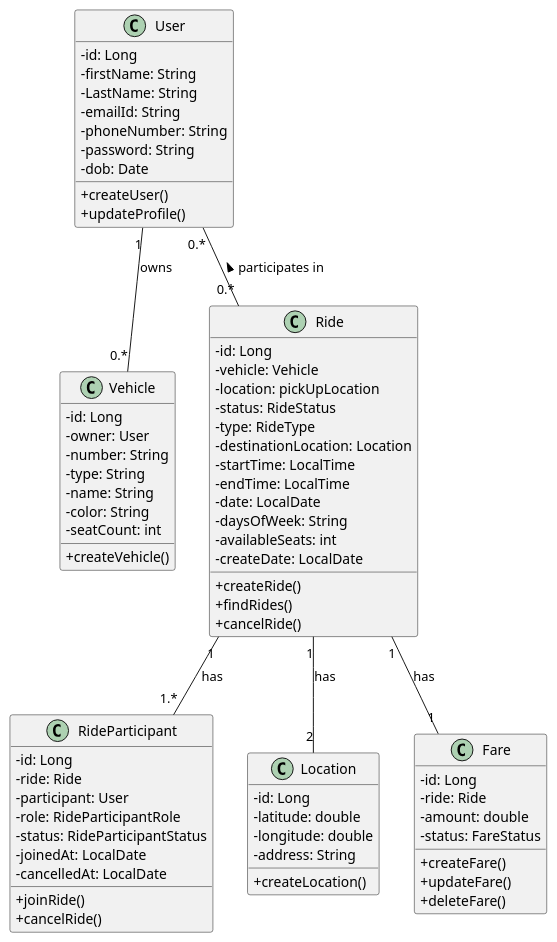
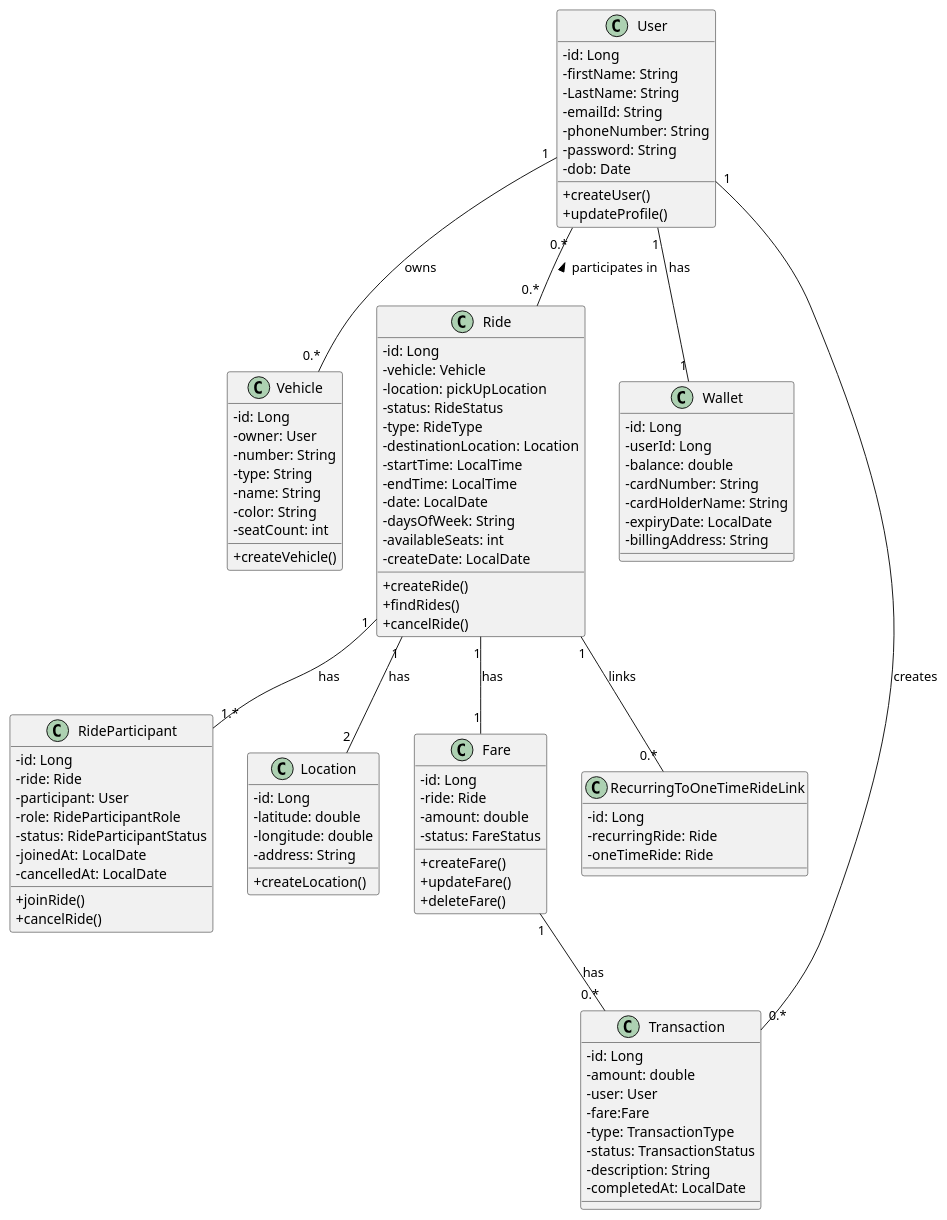
One commit to Sowmya9826/CarpoolingRideSharingApp changed the diagram in ClassDiagram.puml. Above: the diagram before and after it, drawn with PlantUML. The commit also changed 5 other files, not shown here.

Commit message:
Updated UML and class diagrams

```diff
--- a/ClassDiagram.puml
+++ b/ClassDiagram.puml
@@ -1,83 +1,110 @@
 @startuml Carpool System
 
 skinparam classAttributeIconSize 0
 
 class User {
   -id: Long
   -firstName: String
   -LastName: String
   -emailId: String
   -phoneNumber: String
   -password: String
   -dob: Date
   +createUser()
   +updateProfile()
 }
 
 class Vehicle {
   -id: Long
   -owner: User
   -number: String
   -type: String
   -name: String
   -color: String
   -seatCount: int
   +createVehicle()
 }
 
 class Ride {
   -id: Long
   -vehicle: Vehicle
   -location: pickUpLocation
   -status: RideStatus
   -type: RideType
   -destinationLocation: Location
   -startTime: LocalTime
   -endTime: LocalTime
   -date: LocalDate
   -daysOfWeek: String
   -availableSeats: int
   -createDate: LocalDate
   +createRide()
   +findRides()
   +cancelRide()
 }
 
 class RideParticipant {
   -id: Long
   -ride: Ride
   -participant: User
   -role: RideParticipantRole
   -status: RideParticipantStatus
   -joinedAt: LocalDate
   -cancelledAt: LocalDate
   +joinRide()
   +cancelRide()
 }
 class Location {
   -id: Long
   -latitude: double
   -longitude: double
   -address: String
   +createLocation()
 }
 class Fare{
   -id: Long
   -ride: Ride
   -amount: double
   -status: FareStatus
   +createFare()
   +updateFare()
   +deleteFare()
 }
+class Wallet {
+   -id: Long
+   -userId: Long
+   -balance: double
+   -cardNumber: String
+   -cardHolderName: String
+   -expiryDate: LocalDate
+   -billingAddress: String
+}
+class RecurringToOneTimeRideLink {
+  -id: Long
+  -recurringRide: Ride
+  -oneTimeRide: Ride
+}
 
+class Transaction {
+  -id: Long
+  -amount: double
+  -user: User
+  -fare:Fare
+  -type: TransactionType
+  -status: TransactionStatus
+  -description: String
+  -completedAt: LocalDate
+ }
 
 User "1" -- "0.*" Vehicle : owns
 User "0.*" -- "0.*" Ride : participates in <
+User "1" -- "1" Wallet : has
+User "1" -- "0.*" Transaction : creates
 Ride "1" -- "1.*" RideParticipant : has
 Ride "1" -- "1" Fare : has
 Ride "1" -- "2" Location : has
-
+Ride "1" -- "0.*" RecurringToOneTimeRideLink : links
+Fare "1" -- "0.*" Transaction : has
 
 
 @enduml
```
